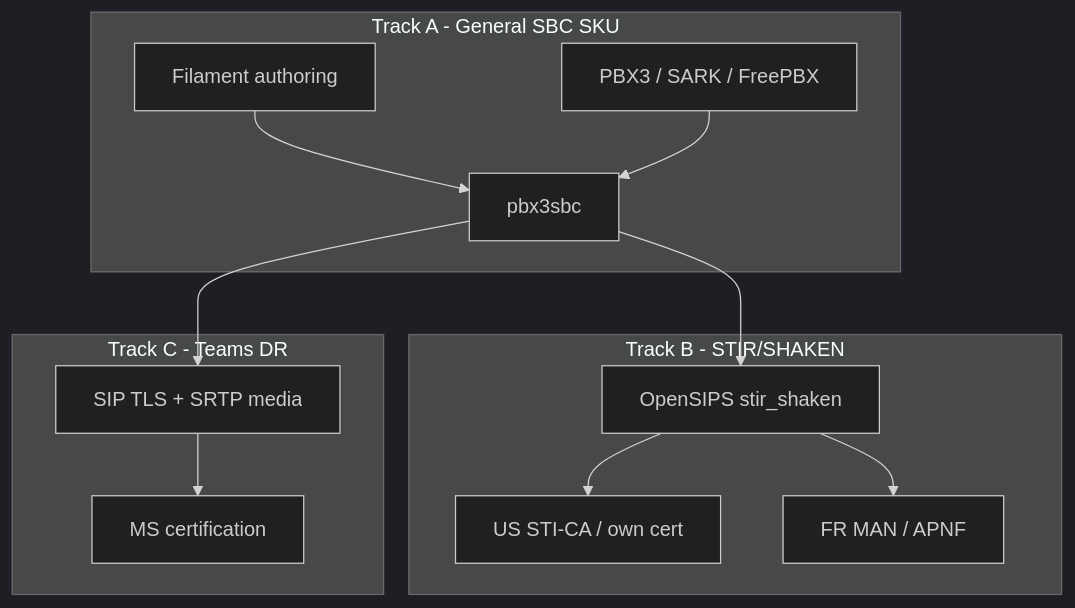
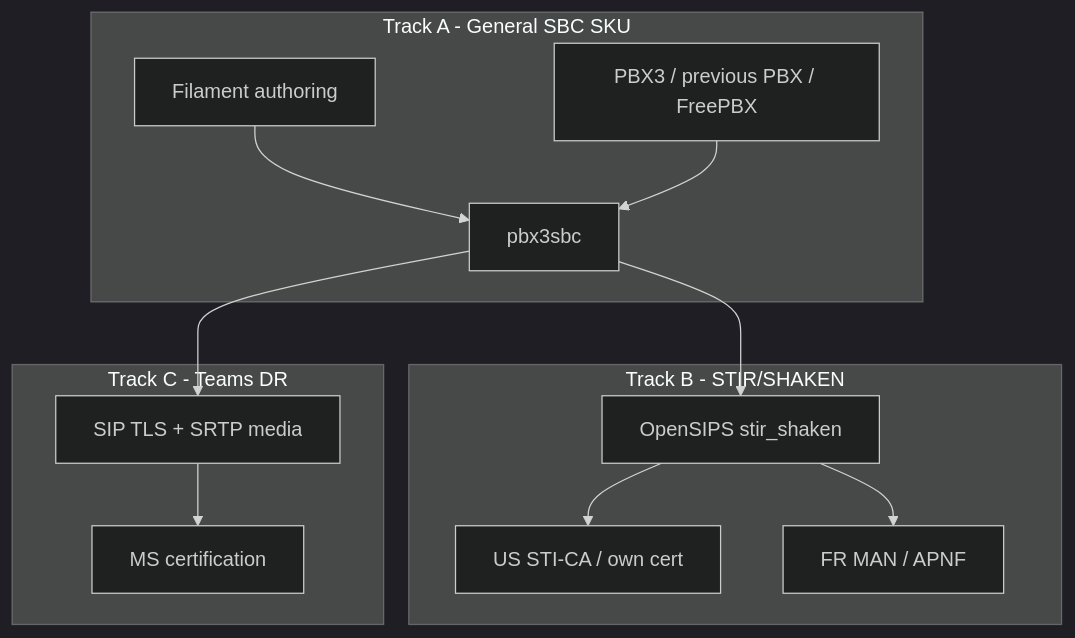
The diagram in pbx3-directory/docs/SBC_PRODUCT_TRACKS.md (pbx3-oss/pbx3), drawn with Mermaid (dark theme) before and after one commit. The commit also changed other lines of this file and 65 other files, not shown here.

First line of the commit message:
Scrub SARK/Magrathea branding and move competitive architecture docs out.

````diff
--- a/pbx3-directory/docs/SBC_PRODUCT_TRACKS.md
+++ b/pbx3-directory/docs/SBC_PRODUCT_TRACKS.md
@@ -89,23 +89,23 @@
 ```mermaid
 flowchart TB
   subgraph trackA [Track A - General SBC SKU]
     filament[Filament authoring]
-    backends[PBX3 / SARK / FreePBX]
+    backends[PBX3 / previous PBX / FreePBX]
     filament --> opensips[pbx3sbc]
     backends --> opensips
   end
   subgraph trackB [Track B - STIR/SHAKEN]
     engine[OpenSIPS stir_shaken]
     usPack[US STI-CA / own cert]
     frPack[FR MAN / APNF]
     engine --> usPack
     engine --> frPack
   end
   subgraph trackC [Track C - Teams DR]
     tlsSrtp[SIP TLS + SRTP media]
     certMs[MS certification]
     tlsSrtp --> certMs
   end
   opensips --> engine
   opensips --> tlsSrtp
 ```
````
